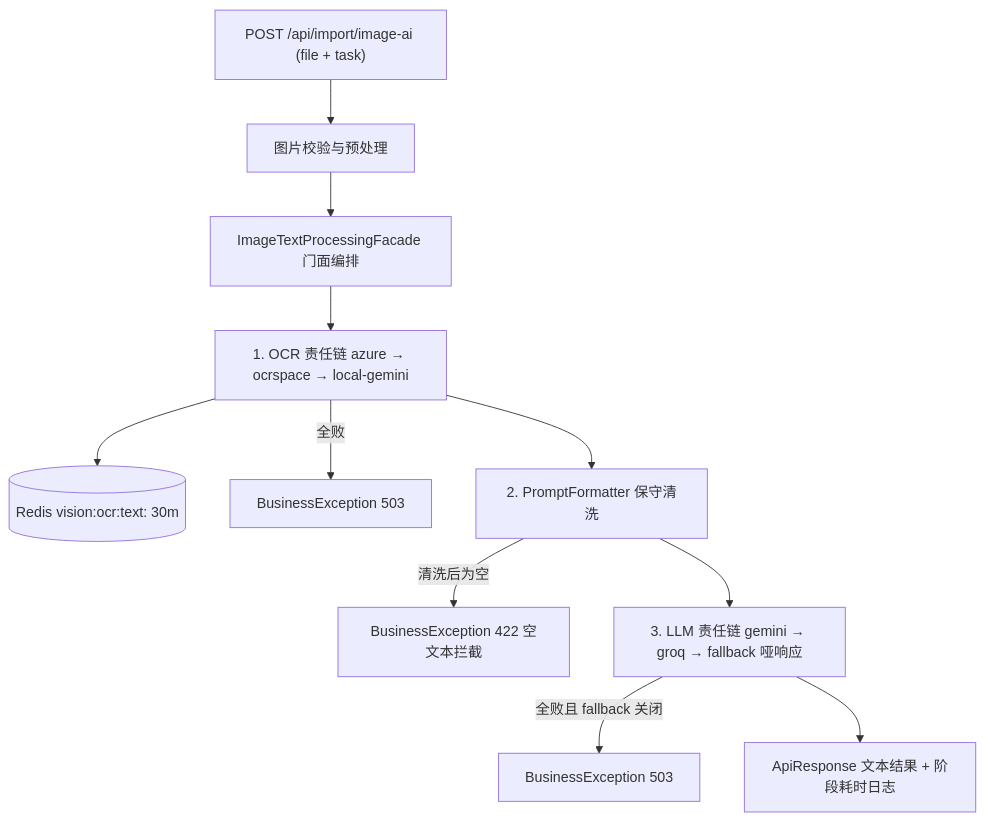
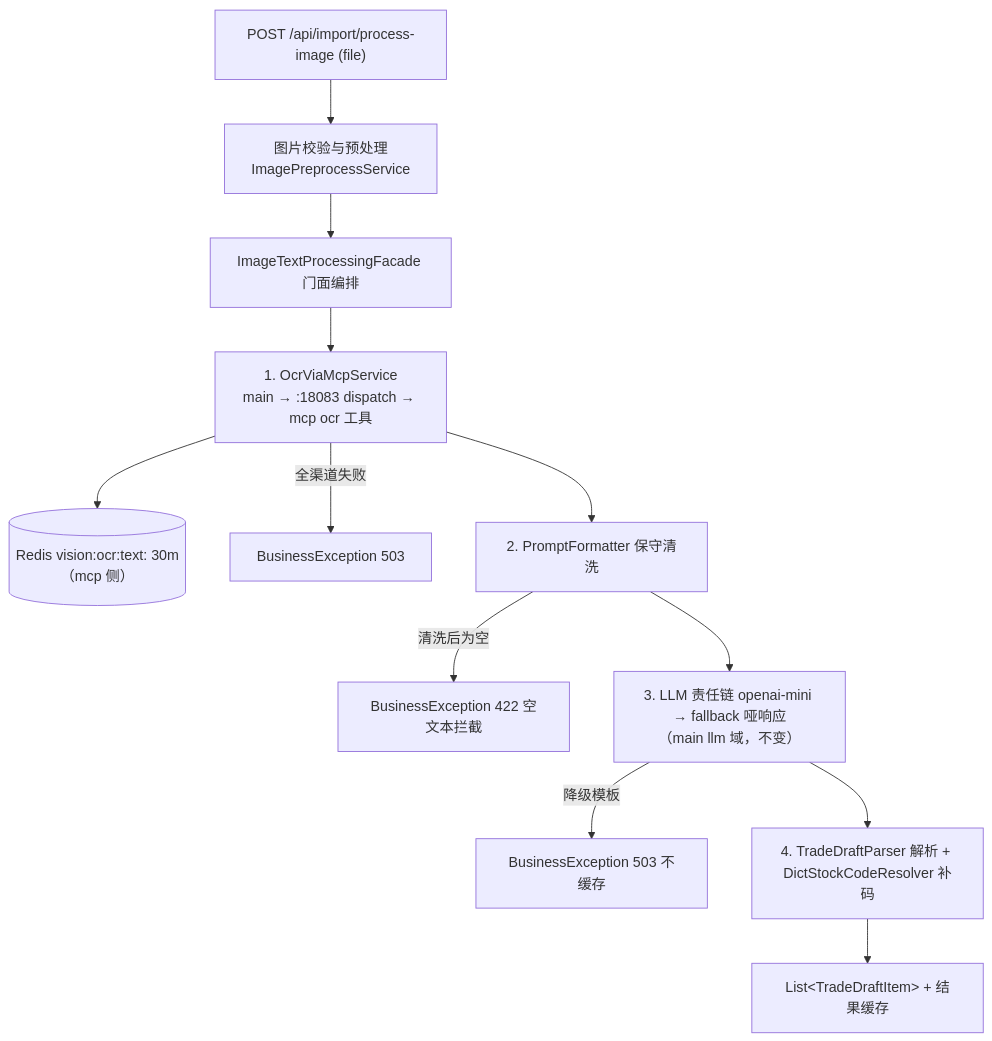
One commit to loveheng/stock-calculator-service changed the diagram in docs/ai-pipeline/ocr-llm.md. Above: the diagram before and after it, drawn with Mermaid. The commit also changed other lines of this file and 123 other files, not shown here.

````diff
--- a/docs/ai-pipeline/ocr-llm.md
+++ b/docs/ai-pipeline/ocr-llm.md
@@ -55,13 +33,14 @@
 ```mermaid
 flowchart TD
-    U["POST /api/import/image-ai (file + task)"] --> PRE["图片校验与预处理"]
+    U["POST /api/import/process-image (file)"] --> PRE["图片校验与预处理<br/>ImagePreprocessService"]
     PRE --> F["ImageTextProcessingFacade 门面编排"]
-    F --> S1["1. OCR 责任链 azure → ocrspace → local-gemini"]
-    S1 --> CACHE[("Redis vision:ocr:text:<MD5> 30m")]
-    S1 -->|全败| X1["BusinessException 503"]
+    F --> S1["1. OcrViaMcpService<br/>main → :18083 dispatch → mcp ocr 工具"]
+    S1 --> CACHE[("Redis vision:ocr:text:<MD5> 30m<br/>（mcp 侧）")]
+    S1 -->|全渠道失败| X1["BusinessException 503"]
     S1 --> S2["2. PromptFormatter 保守清洗"]
     S2 -->|清洗后为空| X2["BusinessException 422 空文本拦截"]
-    S2 --> S3["3. LLM 责任链 gemini → groq → fallback 哑响应"]
-    S3 -->|全败且 fallback 关闭| X3["BusinessException 503"]
-    S3 --> R["ApiResponse 文本结果 + 阶段耗时日志"]
+    S2 --> S3["3. LLM 责任链 openai-mini → fallback 哑响应<br/>（main llm 域，不变）"]
+    S3 -->|降级模板| X3["BusinessException 503 不缓存"]
+    S3 --> S4["4. TradeDraftParser 解析 + DictStockCodeResolver 补码"]
+    S4 --> R["List&lt;TradeDraftItem&gt; + 结果缓存"]
 ```
````
